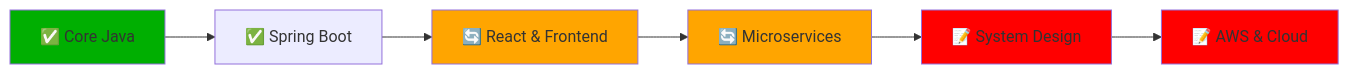
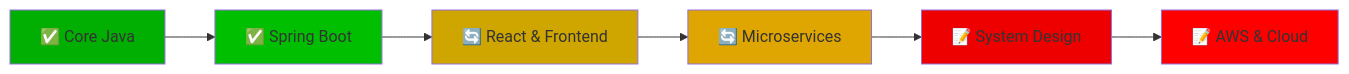
One commit to ShubhamKRay/ShubhamKRay changed the diagram in README.md. Above: the diagram before and after it, drawn with Mermaid.

Commit message:
Modify color styles in README diagram
Updated color styles for nodes B, C, D, and E in the diagram.

````diff
--- a/README.md
+++ b/README.md
@@ -278,15 +278,15 @@
 ```mermaid
 graph LR
     A[✅ Core Java] --> B[✅ Spring Boot]
     B --> C[🔄 React & Frontend]
     C --> D[🔄 Microservices]
     D --> E[📝 System Design]
     E --> F[📝 AWS & Cloud]
     
     style A fill:#00AF01
-    style B fill:#00FAF01
-    style C fill:#FFA500
-    style D fill:#FFA500
-    style E fill:#FF0000
+    style B fill:#00BF01
+    style C fill:#CFA500
+    style D fill:#DFA500
+    style E fill:#EF0000
     style F fill:#FF0000
 ```
````
